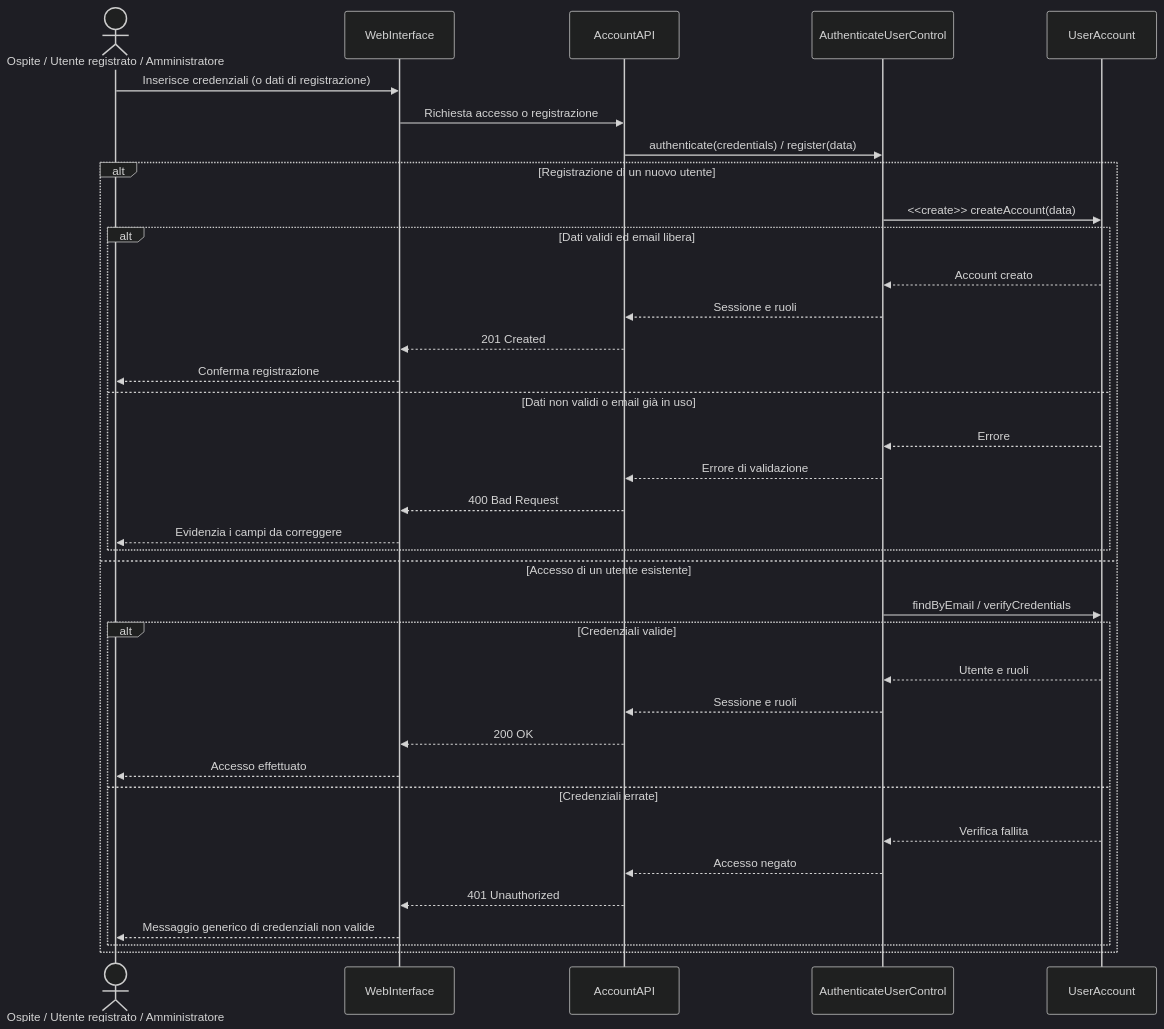
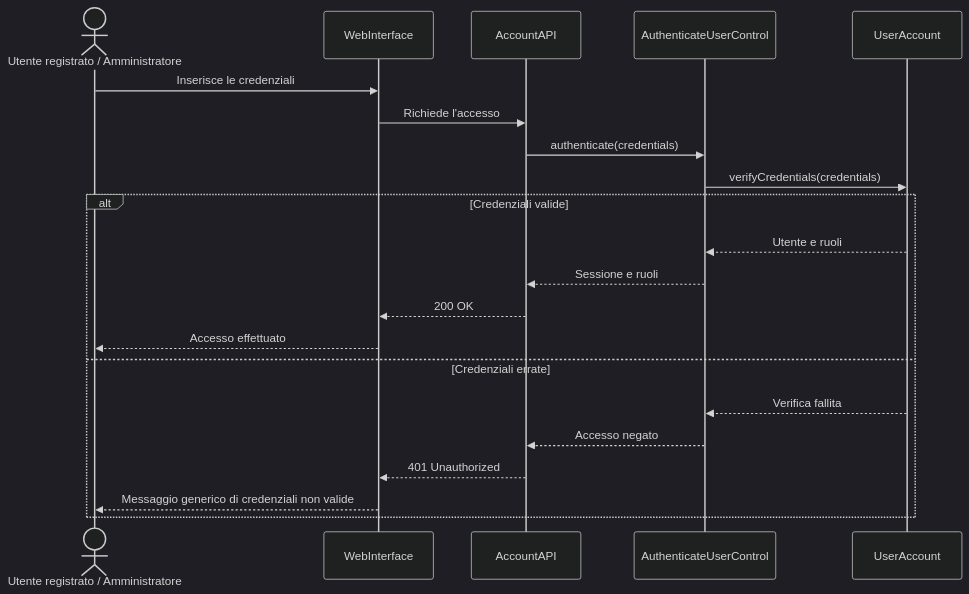
The ninth of 12 diagrams in docs/RAD.md (kairosci/aegis), drawn with Mermaid (dark theme) before and after one commit. The commit also changed other lines of this file and 2 other files, not shown here.

````diff
--- a/docs/RAD.md
+++ b/docs/RAD.md
@@ -896,38 +800,23 @@
 ```mermaid
 sequenceDiagram
-  actor U as Ospite / Utente registrato / Amministratore
+  actor U as Utente registrato / Amministratore
   participant UI as WebInterface
   participant API as AccountAPI
   participant UC as AuthenticateUserControl
   participant UA as UserAccount
-  U->>UI: Inserisce credenziali (o dati di registrazione)
-  UI->>API: Richiesta accesso o registrazione
-  API->>UC: authenticate(credentials) / register(data)
-  alt Registrazione di un nuovo utente
-    UC->>UA: <<create>> createAccount(data)
-    alt Dati validi ed email libera
-      UA-->>UC: Account creato
-      UC-->>API: Sessione e ruoli
-      API-->>UI: 201 Created
-      UI-->>U: Conferma registrazione
-    else Dati non validi o email già in uso
-      UA-->>UC: Errore
-      UC-->>API: Errore di validazione
-      API-->>UI: 400 Bad Request
-      UI-->>U: Evidenzia i campi da correggere
-    end
-  else Accesso di un utente esistente
-    UC->>UA: findByEmail / verifyCredentials
-    alt Credenziali valide
-      UA-->>UC: Utente e ruoli
-      UC-->>API: Sessione e ruoli
-      API-->>UI: 200 OK
-      UI-->>U: Accesso effettuato
-    else Credenziali errate
-      UA-->>UC: Verifica fallita
-      UC-->>API: Accesso negato
-      API-->>UI: 401 Unauthorized
-      UI-->>U: Messaggio generico di credenziali non valide
-    end
+  U->>UI: Inserisce le credenziali
+  UI->>API: Richiede l'accesso
+  API->>UC: authenticate(credentials)
+  UC->>UA: verifyCredentials(credentials)
+  alt Credenziali valide
+    UA-->>UC: Utente e ruoli
+    UC-->>API: Sessione e ruoli
+    API-->>UI: 200 OK
+    UI-->>U: Accesso effettuato
+  else Credenziali errate
+    UA-->>UC: Verifica fallita
+    UC-->>API: Accesso negato
+    API-->>UI: 401 Unauthorized
+    UI-->>U: Messaggio generico di credenziali non valide
   end
 ```
````
